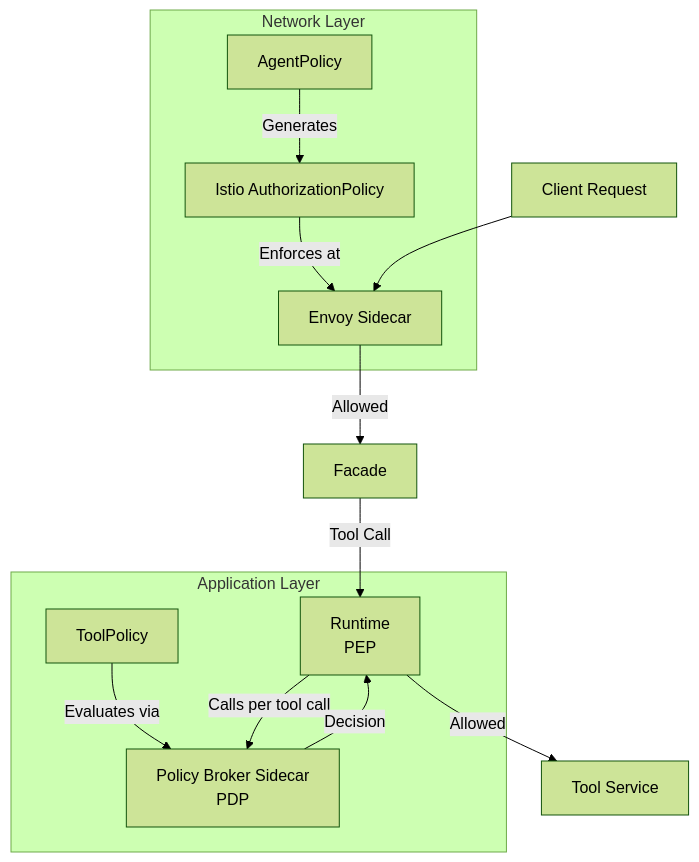
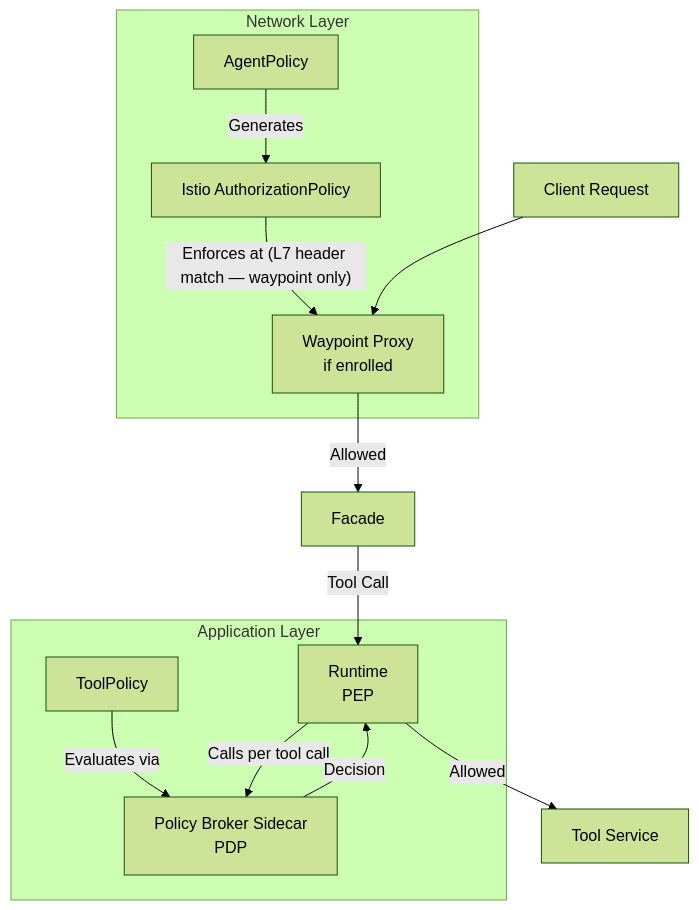
Before and after one commit to AltairaLabs/Omnia: the first of 3 diagrams in docs/src/content/docs/explanation/security/policy-engine.md, drawn with Mermaid (forest theme). The commit also changed other lines of this file and 6 other files, not shown here.

````diff
--- a/docs/src/content/docs/explanation/security/policy-engine.md
+++ b/docs/src/content/docs/explanation/security/policy-engine.md
@@ -26,18 +26,18 @@
 ```mermaid
 graph TB
     subgraph "Network Layer"
         AP[AgentPolicy] -->|Generates| IAP[Istio AuthorizationPolicy]
-        IAP -->|Enforces at| SIDECAR[Envoy Sidecar]
+        IAP -->|"Enforces at (L7 header match — waypoint only)"| WAYPOINT[Waypoint Proxy<br/>if enrolled]
     end
 
     subgraph "Application Layer"
         TP[ToolPolicy] -->|Evaluates via| BROKER[Policy Broker Sidecar<br/>PDP]
         RUNTIME[Runtime<br/>PEP] -->|Calls per tool call| BROKER
         BROKER -->|Decision| RUNTIME
     end
 
-    CLIENT[Client Request] --> SIDECAR
-    SIDECAR -->|Allowed| FACADE[Facade]
+    CLIENT[Client Request] --> WAYPOINT
+    WAYPOINT -->|Allowed| FACADE[Facade]
     FACADE -->|Tool Call| RUNTIME
     RUNTIME -->|Allowed| UPSTREAM[Tool Service]
 ```
````
